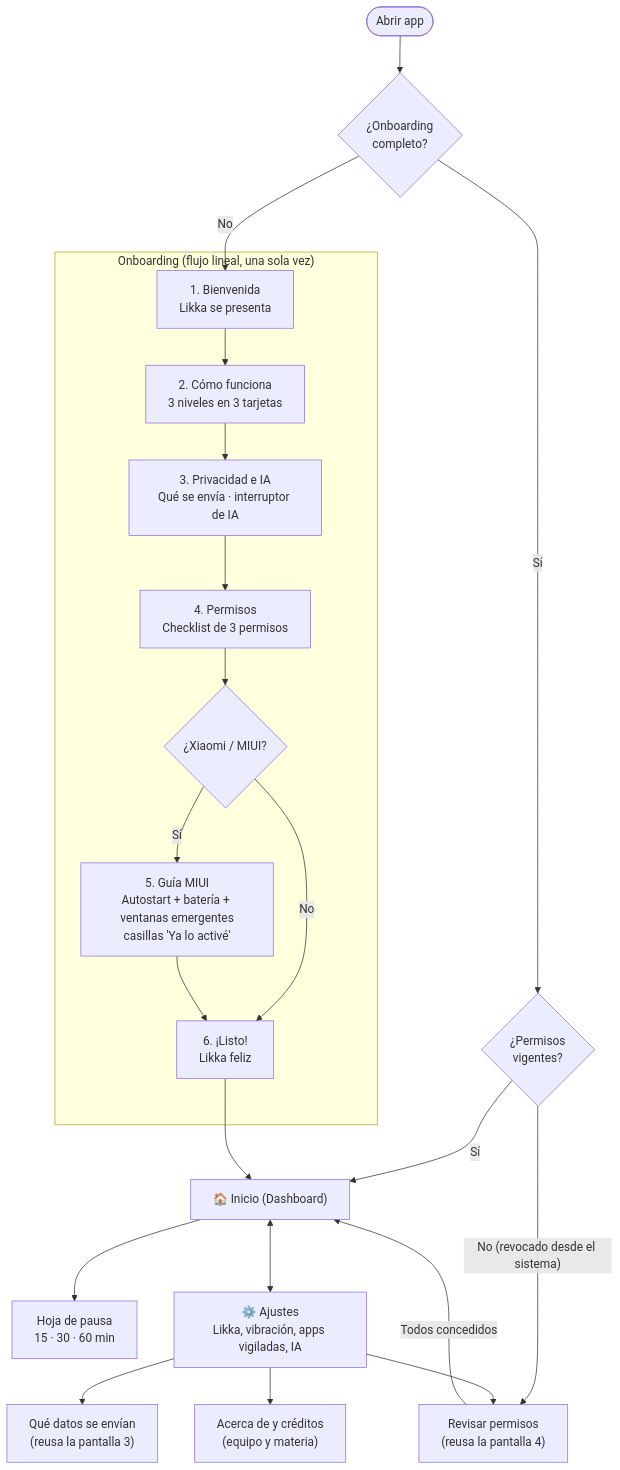
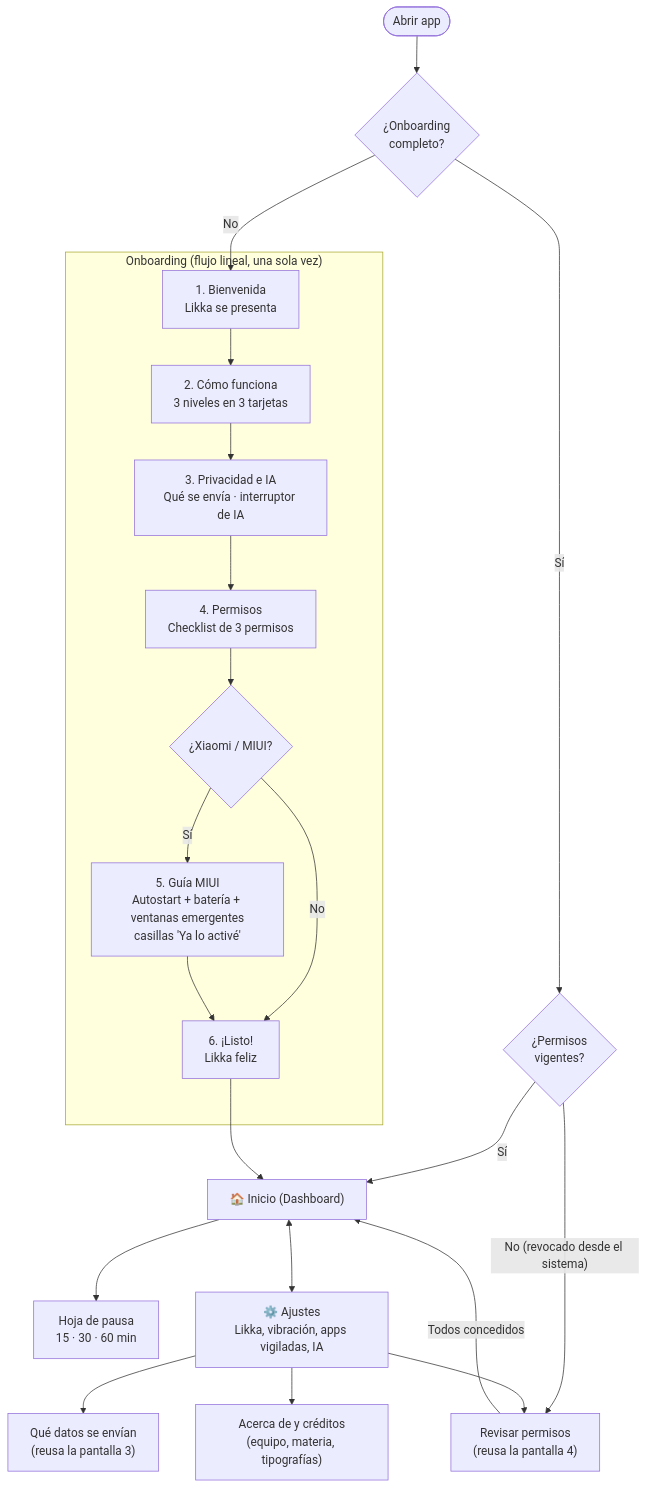
Before and after one commit to SoFzzz/Likka-Pet: the first of 2 diagrams in likkapet_design_system.md, drawn with Mermaid. The commit also changed other lines of this file and 1 other file, not shown here.

````diff
--- a/likkapet_design_system.md
+++ b/likkapet_design_system.md
@@ -682,26 +685,26 @@
 ```mermaid
 flowchart TD
     START(["Abrir app"]) --> CHECK{"¿Onboarding\ncompleto?"}
     CHECK -->|No| OB1
     CHECK -->|"Sí"| PERMCHECK{"¿Permisos\nvigentes?"}
     PERMCHECK -->|"No (revocado desde el sistema)"| PERM["Pantalla de permisos\n(RF-A06, reusa el paso 4)"]
     PERM -->|Todos concedidos| HOME
     PERMCHECK -->|Sí| HOME
 
     subgraph Onboarding["Onboarding (flujo lineal, una sola vez)"]
         OB1["1. Bienvenida\nLikka se presenta"] --> OB2["2. Cómo funciona\n3 niveles en 3 tarjetas"]
         OB2 --> OB3["3. Privacidad e IA\nQué se envía · interruptor de IA"]
         OB3 --> OB4["4. Permisos\nChecklist de 3 permisos"]
         OB4 --> MIUI{"¿Xiaomi / MIUI?"}
         MIUI -->|Sí| OB5["5. Guía MIUI\nAutostart + batería + ventanas emergentes\ncasillas 'Ya lo activé'"]
         MIUI -->|No| OB6
         OB5 --> OB6["6. ¡Listo!\nLikka feliz"]
     end
 
     OB6 --> HOME["🏠 Inicio (Dashboard)"]
     HOME --> PAUSA["Hoja de pausa\n15 · 30 · 60 min"]
     HOME <--> SET["⚙️ Ajustes\nLikka, vibración, apps vigiladas, IA"]
     SET --> PRIV["Qué datos se envían\n(reusa la pantalla 3)"]
     SET --> PERM["Revisar permisos\n(reusa la pantalla 4)"]
-    SET --> ABOUT["Acerca de y créditos\n(equipo y materia)"]
+    SET --> ABOUT["Acerca de y créditos\n(equipo, materia, tipografías)"]
 ```
````
